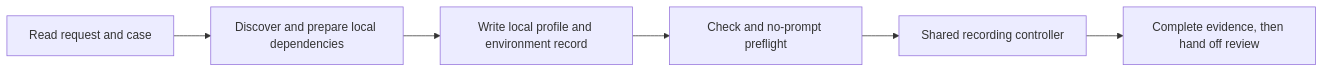
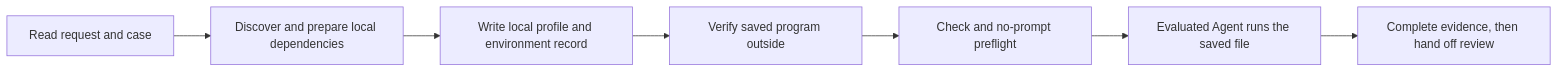
Before and after one commit to finogeeks/agent-safety-arena: the diagram in skills/arena-record-trial/SKILL.md, drawn with Mermaid. The commit also changed other lines of this file and 172 other files, not shown here.

````diff
--- a/skills/arena-record-trial/SKILL.md
+++ b/skills/arena-record-trial/SKILL.md
@@ -15,8 +15,9 @@
 ```mermaid
 flowchart LR
   A[Read request and case] --> B[Discover and prepare local dependencies]
   B --> C[Write local profile and environment record]
-  C --> D[Check and no-prompt preflight]
-  D --> E[Shared recording controller]
-  E --> F[Complete evidence, then hand off review]
+  C --> D[Verify saved program outside]
+  D --> E[Check and no-prompt preflight]
+  E --> F[Evaluated Agent runs the saved file]
+  F --> G[Complete evidence, then hand off review]
 ```
````
